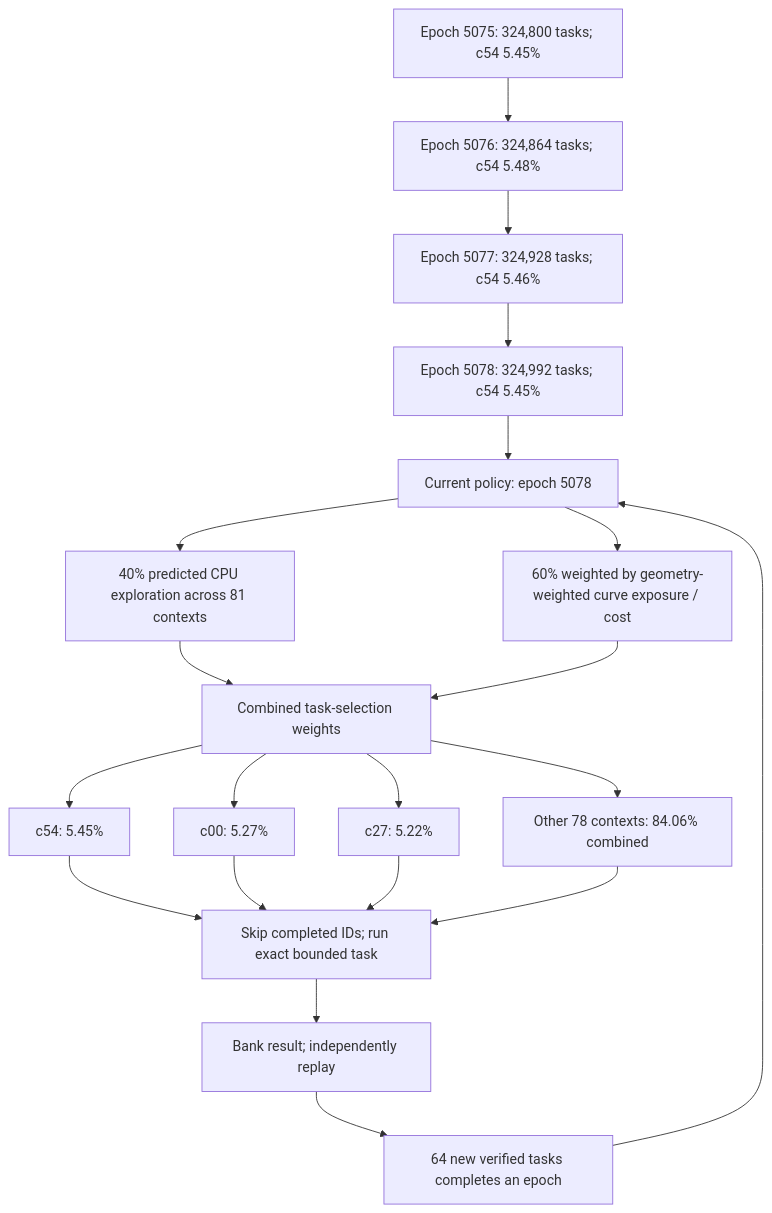
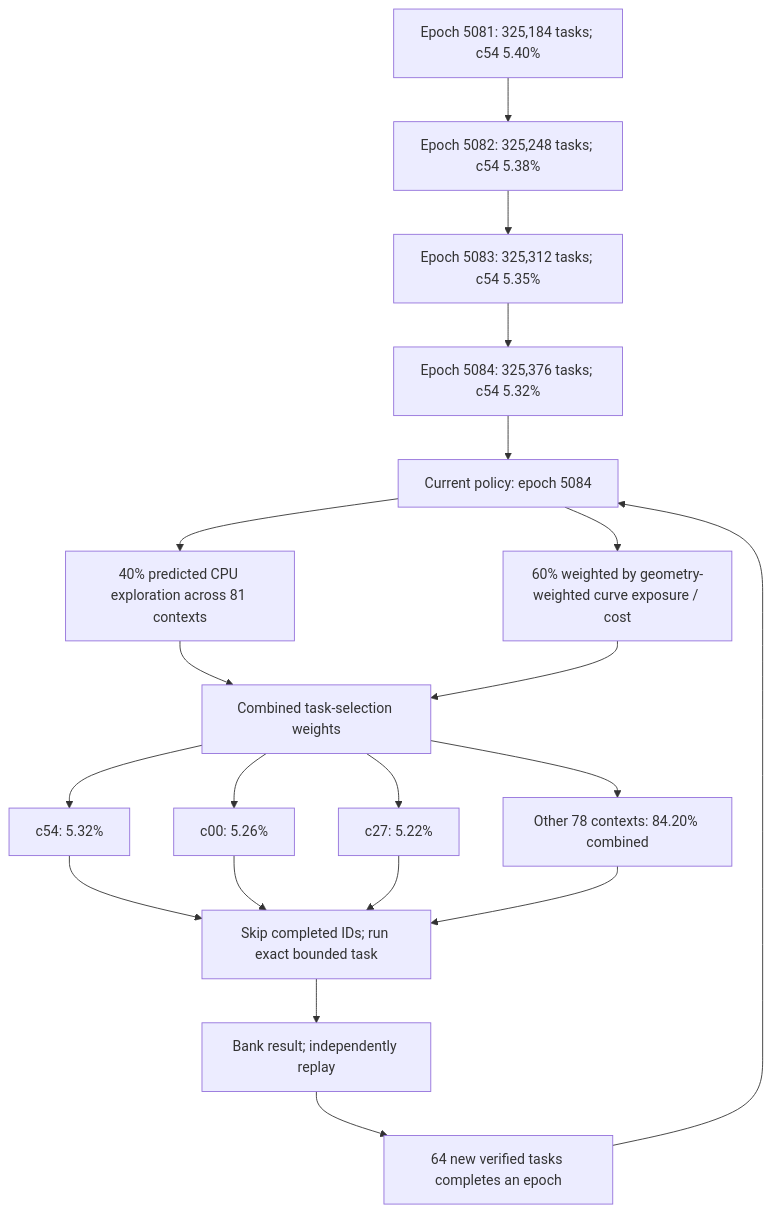
Before and after one commit to Kuberwastaken/math-gambling: the first of 3 diagrams in README.md, drawn with Mermaid. The commit also changed other lines of this file and 1570 other files, not shown here.

````diff
--- a/README.md
+++ b/README.md
@@ -60,27 +60,27 @@
 ```mermaid
 flowchart TD
-    H0["Epoch 5075: 324,800 tasks; c54 5.45%"]
-    H1["Epoch 5076: 324,864 tasks; c54 5.48%"]
+    H0["Epoch 5081: 325,184 tasks; c54 5.40%"]
+    H1["Epoch 5082: 325,248 tasks; c54 5.38%"]
     H0 --> H1
-    H2["Epoch 5077: 324,928 tasks; c54 5.46%"]
+    H2["Epoch 5083: 325,312 tasks; c54 5.35%"]
     H1 --> H2
-    H3["Epoch 5078: 324,992 tasks; c54 5.45%"]
+    H3["Epoch 5084: 325,376 tasks; c54 5.32%"]
     H2 --> H3
-    Policy["Current policy: epoch 5078"]
+    Policy["Current policy: epoch 5084"]
     H3 --> Policy
     Policy --> Explore["40% predicted CPU exploration across 81 contexts"]
     Policy --> Cost["60% weighted by geometry-weighted curve exposure / cost"]
     Explore --> Mix["Combined task-selection weights"]
     Cost --> Mix
-    Mix --> C0["c54: 5.45%"]
-    Mix --> C1["c00: 5.27%"]
+    Mix --> C0["c54: 5.32%"]
+    Mix --> C1["c00: 5.26%"]
     Mix --> C2["c27: 5.22%"]
-    Mix --> Rest["Other 78 contexts: 84.06% combined"]
+    Mix --> Rest["Other 78 contexts: 84.20% combined"]
     C0 --> Check["Skip completed IDs; run exact bounded task"]
     C1 --> Check
     C2 --> Check
     Rest --> Check
     Check --> Replay["Bank result; independently replay"]
     Replay --> Gate["64 new verified tasks completes an epoch"]
     Gate --> Policy
 ```
````
